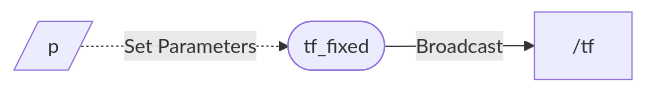
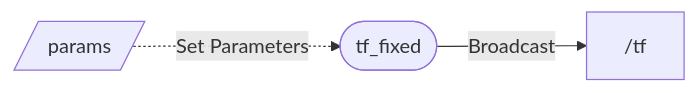
Before and after one commit to shikishima-TasakiLab/tf_fixed: the diagram in README.md, drawn with Mermaid. The commit also changed other lines of this file and 2 other files, not shown here.

````diff
--- a/README.md
+++ b/README.md
@@ -5,9 +5,9 @@
 ```mermaid
 flowchart LR
 
-p@{ shape: lean-r }
+p[/ params /]
 node(["tf_fixed"])
 tf["/tf"]
 
 p -. Set Parameters .-> node -- Broadcast --> tf
 ```
````
